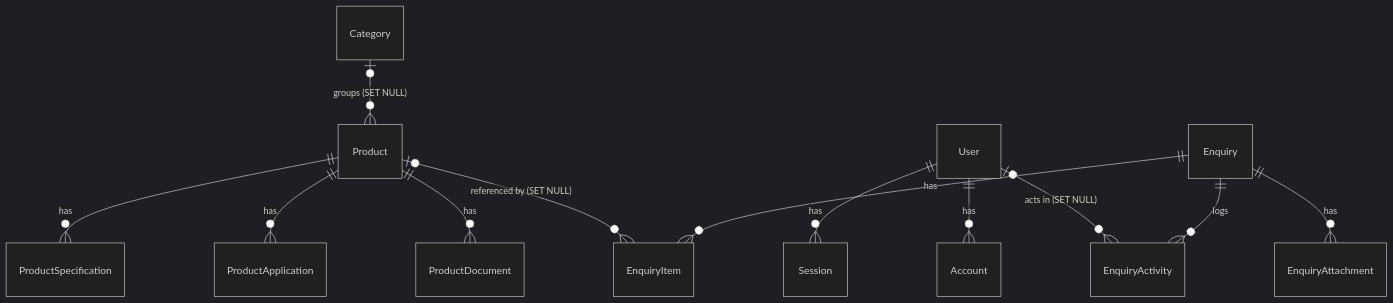
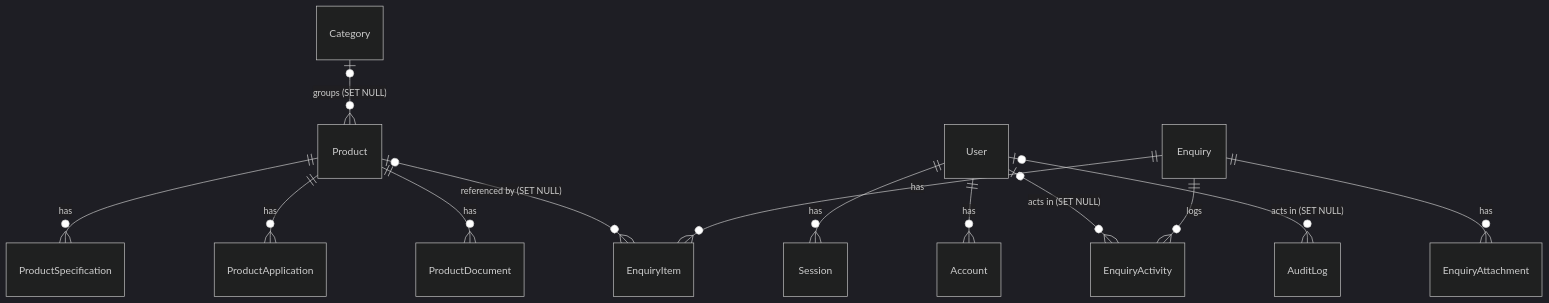
Before and after one commit to abhishekjaiswar221/aquila-organics-website: the diagram in docs/database-design.md, drawn with Mermaid (dark theme). The commit also changed other lines of this file and 2 other files, not shown here.

````diff
--- a/docs/database-design.md
+++ b/docs/database-design.md
@@ -14,14 +14,15 @@
 ```mermaid
 erDiagram
   User ||--o{ Session : has
   User ||--o{ Account : has
   User |o--o{ EnquiryActivity : "acts in (SET NULL)"
+  User |o--o{ AuditLog : "acts in (SET NULL)"
   Category |o--o{ Product : "groups (SET NULL)"
   Product ||--o{ ProductSpecification : has
   Product ||--o{ ProductApplication : has
   Product ||--o{ ProductDocument : has
   Product |o--o{ EnquiryItem : "referenced by (SET NULL)"
   Enquiry ||--o{ EnquiryItem : has
   Enquiry ||--o{ EnquiryAttachment : has
   Enquiry ||--o{ EnquiryActivity : logs
 ```
````
